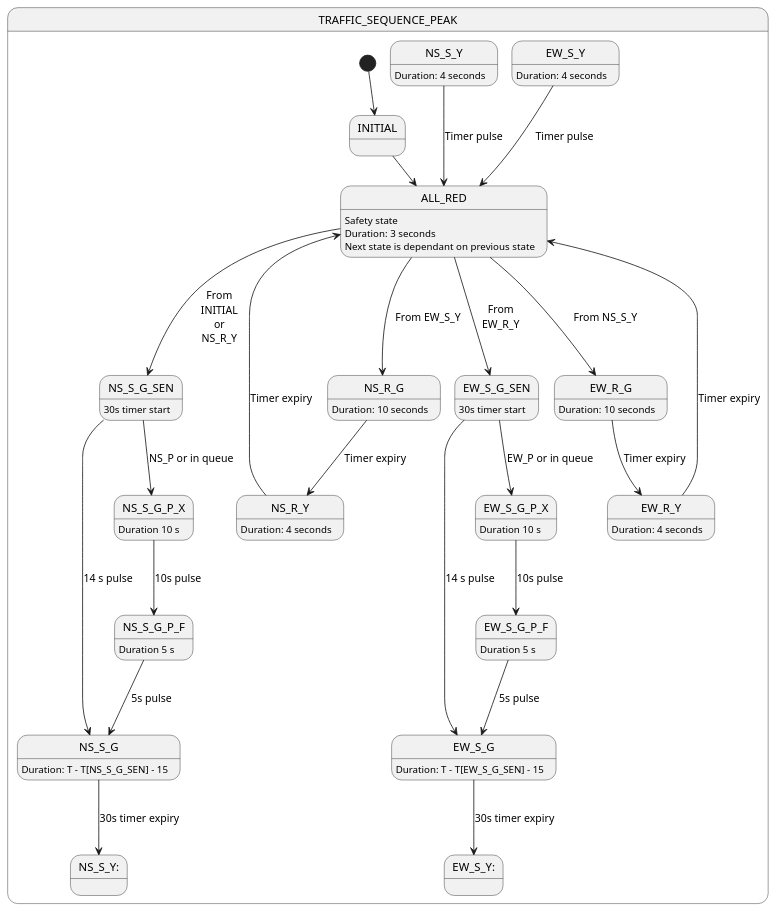
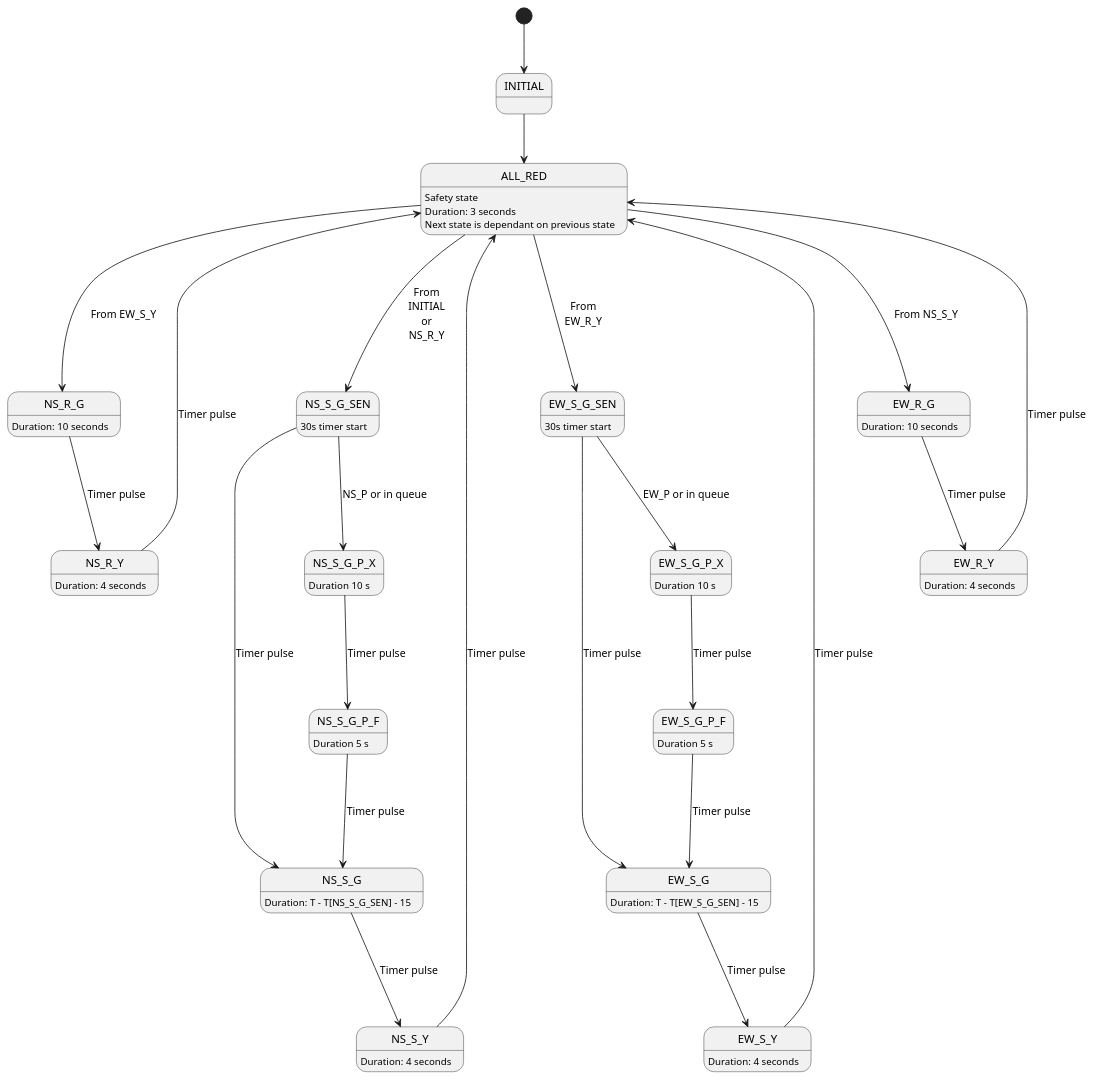
The diagram in docs/main_peak_state_machine.wsd (Mr4D/Traffic-Light-System), drawn with PlantUML before and after one commit. The commit also changed 4 other files, not shown here.

Commit message:
Intersection node diagram

```diff
--- a/docs/main_peak_state_machine.wsd
+++ b/docs/main_peak_state_machine.wsd
@@ -1,72 +1,66 @@
 @startuml STATE_MACHINE_SEQUENCE_OFF_PEAK
 
 ' http://www.victoriawalks.org.au/Crossing_the_road/
 
-state TRAFFIC_SEQUENCE_PEAK {
 
     [*]     --> INITIAL
 
     INITIAL --> ALL_RED
 
-
-
     ALL_RED ---> NS_R_G: From EW_S_Y
-    NS_R_G  ---> NS_R_Y: Timer expiry
-    NS_R_Y  ---> ALL_RED: Timer expiry
-
+    NS_R_G  ---> NS_R_Y: Timer pulse
+    NS_R_Y  ---> ALL_RED: Timer pulse
 
     ' Traffic state
     ALL_RED ---> NS_S_G_SEN: From\nINITIAL\nor\nNS_R_Y
-    NS_S_G_SEN ---> NS_S_G: 14 s pulse
-    NS_S_G ---> NS_S_Y::30s timer expiry 
+    NS_S_G_SEN ---> NS_S_G: Timer pulse
+    NS_S_G ---> NS_S_Y:Timer pulse
     NS_S_Y ---> ALL_RED: Timer pulse
 
     ' NS ped states
     NS_S_G_SEN ---> NS_S_G_P_X: NS_P or in queue
-    NS_S_G_P_X ---> NS_S_G_P_F: 10s pulse
-    NS_S_G_P_F ---> NS_S_G: 5s pulse
-
+    NS_S_G_P_X ---> NS_S_G_P_F: Timer pulse
+    NS_S_G_P_F ---> NS_S_G: Timer pulse
 
     ' Traffic state
     ALL_RED ---> EW_S_G_SEN: From\nEW_R_Y
-    EW_S_G_SEN ---> EW_S_G: 14 s pulse
-    EW_S_G ---> EW_S_Y::30s timer expiry 
+    EW_S_G_SEN ---> EW_S_G:Timer pulse
+    EW_S_G ---> EW_S_Y:Timer pulse 
     EW_S_Y ---> ALL_RED: Timer pulse
 
     ' NS ped states
     EW_S_G_SEN ---> EW_S_G_P_X: EW_P or in queue
-    EW_S_G_P_X ---> EW_S_G_P_F: 10s pulse
-    EW_S_G_P_F ---> EW_S_G: 5s pulse
+    EW_S_G_P_X ---> EW_S_G_P_F:Timer pulse
+    EW_S_G_P_F ---> EW_S_G:Timer pulse
 
     ALL_RED ---> EW_R_G: From NS_S_Y
-    EW_R_G  ---> EW_R_Y: Timer expiry
-    EW_R_Y ---> ALL_RED: Timer expiry
+    EW_R_G  ---> EW_R_Y:Timer pulse
+    EW_R_Y ---> ALL_RED:Timer pulse
 
 
-}
 
 ALL_RED: Safety state
 ALL_RED: Duration: 3 seconds
 ALL_RED: Next state is dependant on previous state
 
 NS_S_G_SEN: 30s timer start
 EW_S_G_SEN: 30s timer start
 
 NS_S_G_P_X: Duration 10 s
 EW_S_G_P_X: Duration 10 s
 
 NS_S_G_P_F: Duration 5 s
 EW_S_G_P_F: Duration 5 s
 
 NS_S_G: Duration: T - T[NS_S_G_SEN] - 15
 EW_S_G: Duration: T - T[EW_S_G_SEN] - 15
 
 EW_R_G: Duration: 10 seconds
 NS_R_G: Duration: 10 seconds
 
 NS_S_Y: Duration: 4 seconds
 EW_R_Y: Duration: 4 seconds
 EW_S_Y: Duration: 4 seconds
 NS_R_Y: Duration: 4 seconds
 
 @enduml
```
